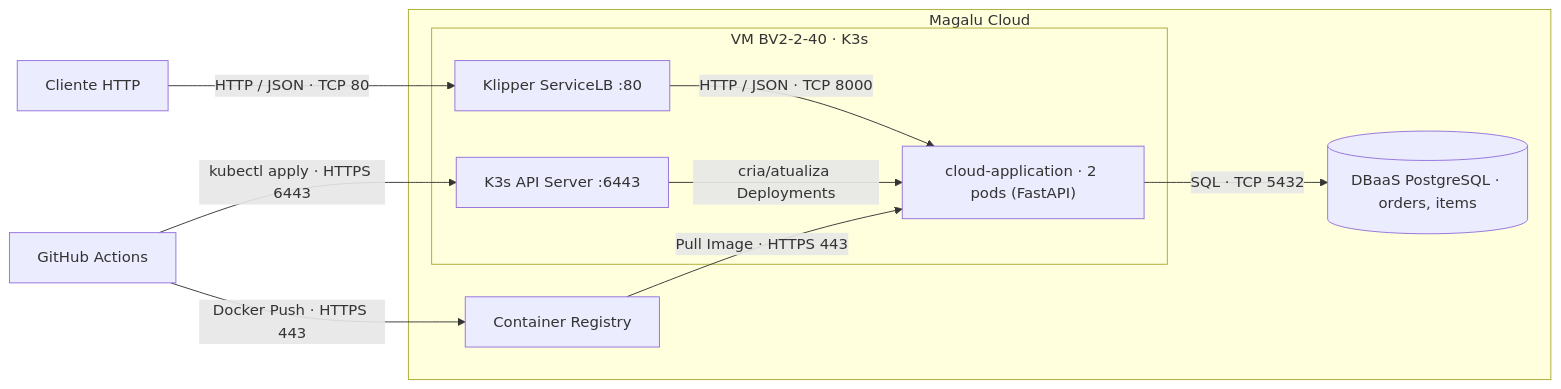
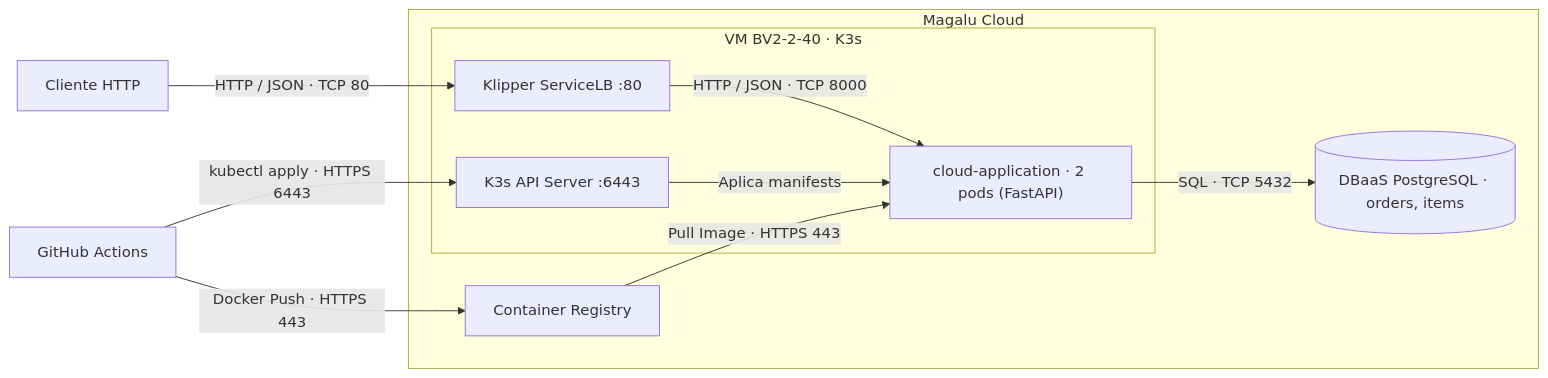
The diagram in docs/architecture.md (santesther/move-tech-cloud-application-comp-6), drawn with Mermaid before and after one commit.

Commit message:
docs: ajusta diagrama C2 para incluir K3s API Server

````diff
--- a/docs/architecture.md
+++ b/docs/architecture.md
@@ -19,23 +19,23 @@
 ```mermaid
 flowchart LR
     cliente["Cliente HTTP"]
     gh["GitHub Actions"]
-    
+
     subgraph mgc["Magalu Cloud"]
         subgraph vm["VM BV2-2-40 · K3s"]
             kube["K3s API Server :6443"]
             svc["Klipper ServiceLB :80"]
             app["cloud-application · 2 pods (FastAPI)"]
         end
         db[("DBaaS PostgreSQL · orders, items")]
         reg["Container Registry"]
     end
 
     cliente -->|HTTP / JSON · TCP 80| svc
     svc -->|HTTP / JSON · TCP 8000| app
     app -->|SQL · TCP 5432| db
     gh -->|Docker Push · HTTPS 443| reg
     gh -->|kubectl apply · HTTPS 6443| kube
-    kube -->|cria/atualiza Deployments| app
+    kube -->|Aplica manifests| app
     reg -->|Pull Image · HTTPS 443| app
 ```
````
